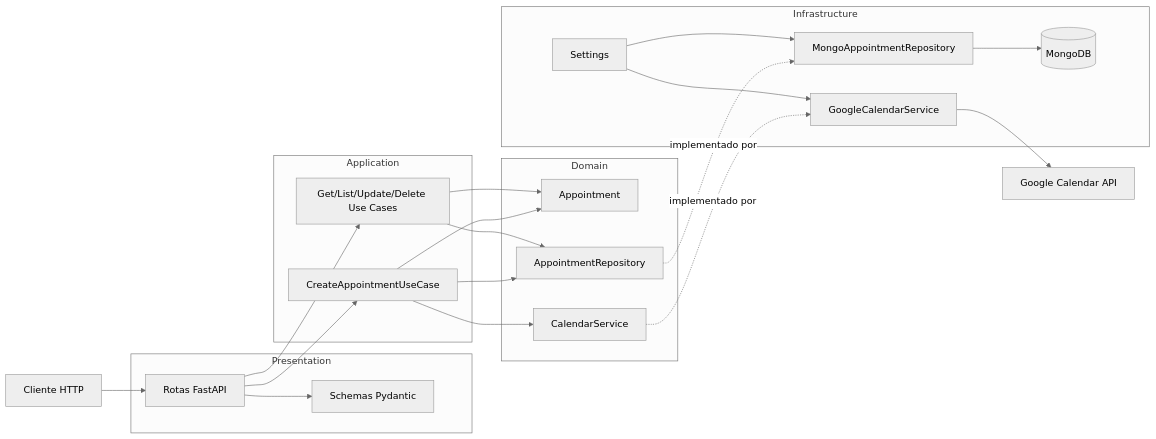
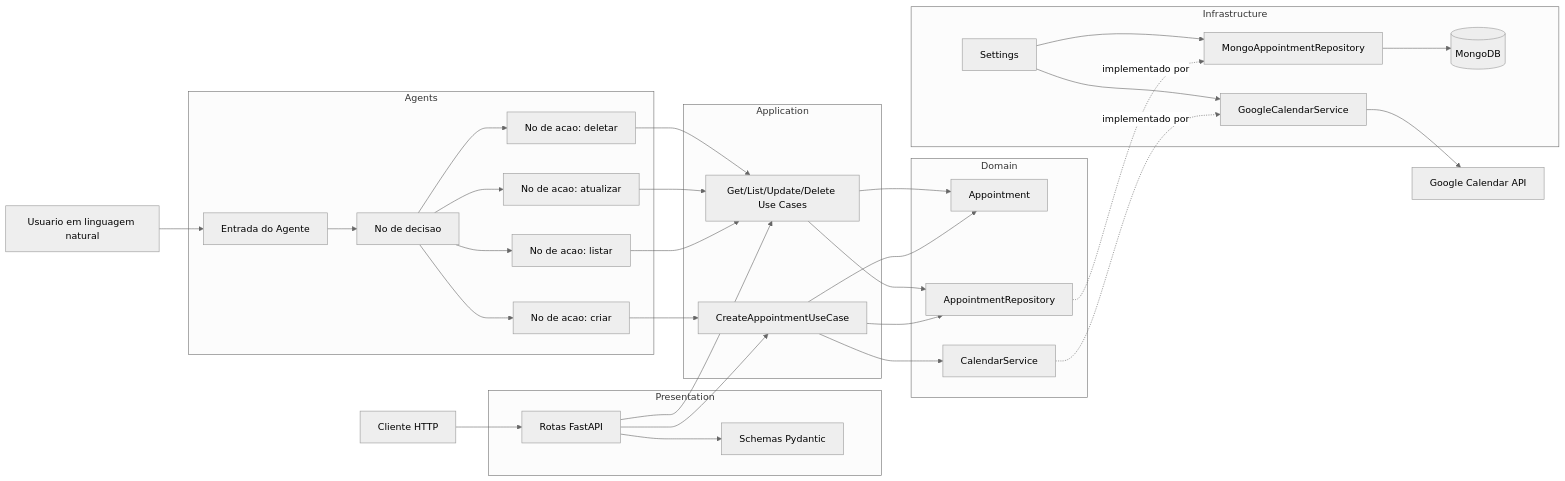
One commit to fsodanilo/lab-agenda changed the diagram in README.md. Above: the diagram before and after it, drawn with Mermaid (neutral theme).

Commit message:
Atualiza diagrama de arquitetura com agente LangGraph

````diff
--- a/README.md
+++ b/README.md
@@ -65,48 +65,67 @@
 ```mermaid
 flowchart LR
 	Client[Cliente HTTP] --> Routes[Rotas FastAPI]
+	User[Usuario em linguagem natural] --> AgentEntry[Entrada do Agente]
 
 	subgraph Presentation[Presentation]
 		Routes
 		Schemas[Schemas Pydantic]
+	end
+
+	subgraph Agents[Agents]
+		AgentEntry
+		Decision[No de decisao]
+		CreateAction[No de acao: criar]
+		ListAction[No de acao: listar]
+		UpdateAction[No de acao: atualizar]
+		DeleteAction[No de acao: deletar]
 	end
 
 	subgraph Application[Application]
 		CreateUC[CreateAppointmentUseCase]
 		CrudUC[Get/List/Update/Delete Use Cases]
 	end
 
 	subgraph Domain[Domain]
 		Appointment[Appointment]
 		RepoPort[AppointmentRepository]
 		CalendarPort[CalendarService]
 	end
 
 	subgraph Infrastructure[Infrastructure]
 		MongoRepo[MongoAppointmentRepository]
 		GoogleSvc[GoogleCalendarService]
 		Settings[Settings]
 		Mongo[(MongoDB)]
 	end
 
 	GCal[Google Calendar API]
 
 	Routes --> Schemas
 	Routes --> CreateUC
 	Routes --> CrudUC
+	AgentEntry --> Decision
+	Decision --> CreateAction
+	Decision --> ListAction
+	Decision --> UpdateAction
+	Decision --> DeleteAction
+	CreateAction --> CreateUC
+	ListAction --> CrudUC
+	UpdateAction --> CrudUC
+	DeleteAction --> CrudUC
 
 	CreateUC --> Appointment
 	CrudUC --> Appointment
 
 	CreateUC --> RepoPort
 	CrudUC --> RepoPort
 	CreateUC --> CalendarPort
 
 	RepoPort -. implementado por .-> MongoRepo
 	CalendarPort -. implementado por .-> GoogleSvc
 
 	MongoRepo --> Mongo
 	GoogleSvc --> GCal
 	Settings --> MongoRepo
 	Settings --> GoogleSvc
 ```
````
